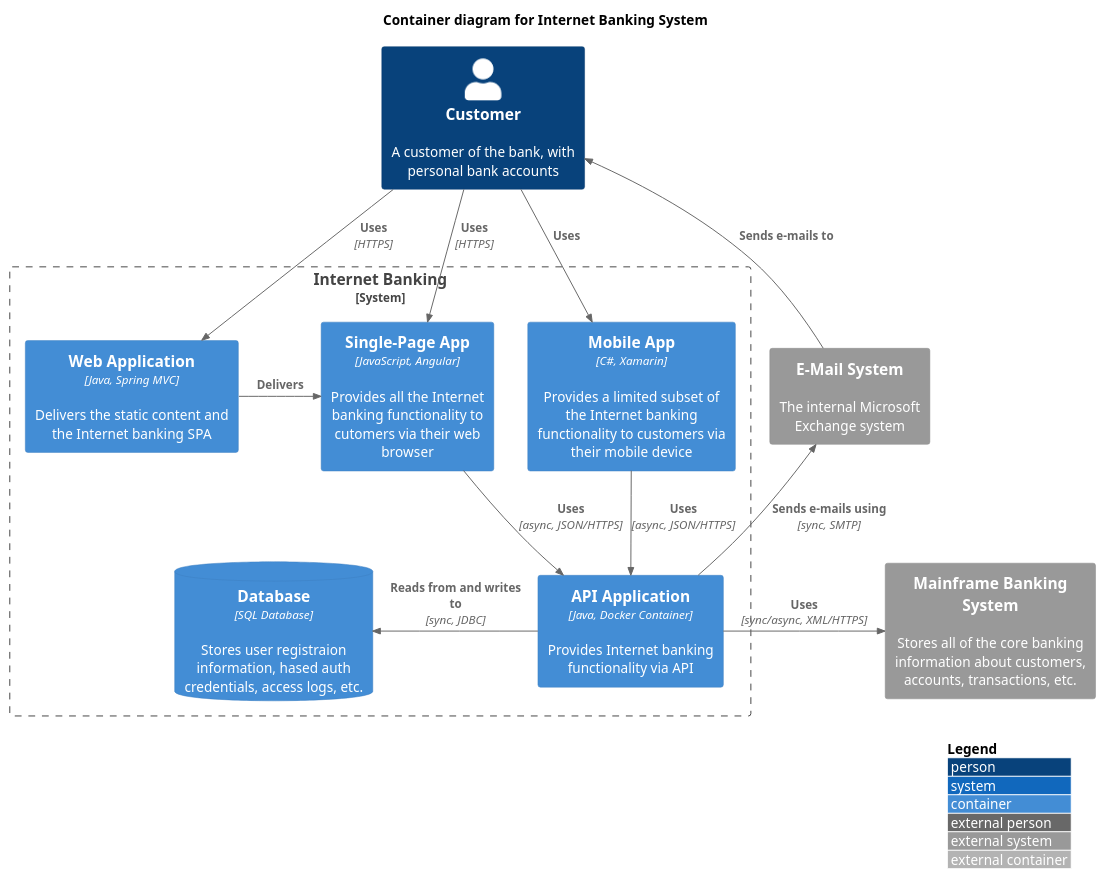
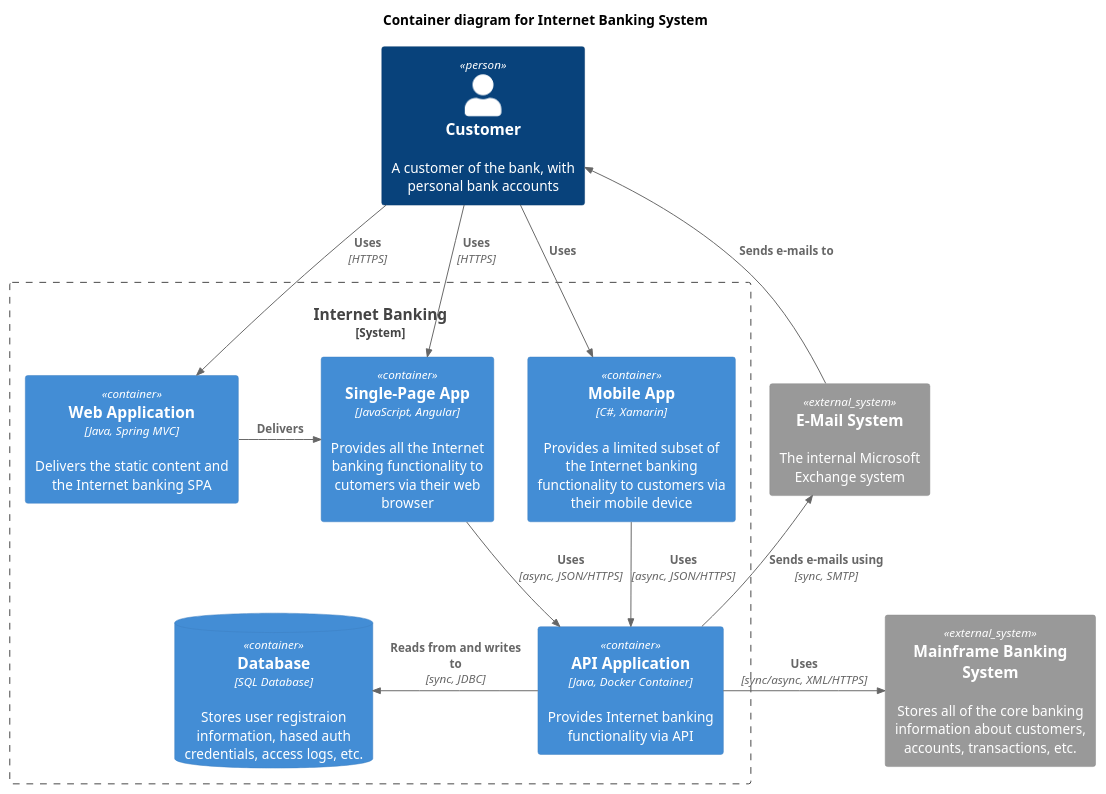
The diagram in samples/C4_Container Diagram Sample - bigbankplc.puml (xmobe/C4-PlantUML), drawn with PlantUML before and after one commit. The commit also changed 14 other files, not shown here.

```diff
--- a/samples/C4_Container Diagram Sample - bigbankplc.puml
+++ b/samples/C4_Container Diagram Sample - bigbankplc.puml
@@ -1,37 +1,37 @@
 @startuml
 ' !include https://raw.githubusercontent.com/adrianvlupu/C4-PlantUML/latest/C4_Container.puml
 ' uncomment the following line and comment the first to use locally
 !include C4_Container.puml
 
 ' LAYOUT_TOP_DOWN()
 ' LAYOUT_AS_SKETCH()
-LAYOUT_WITH_LEGEND()
+' LAYOUT_WITH_LEGEND()
 
 title Container diagram for Internet Banking System
 
 Person(customer, Customer, "A customer of the bank, with personal bank accounts")
 
 System_Boundary(c1, "Internet Banking") {
     Container(web_app, "Web Application", "Java, Spring MVC", "Delivers the static content and the Internet banking SPA")
     Container(spa, "Single-Page App", "JavaScript, Angular", "Provides all the Internet banking functionality to cutomers via their web browser")
     Container(mobile_app, "Mobile App", "C#, Xamarin", "Provides a limited subset of the Internet banking functionality to customers via their mobile device")
     ContainerDb(database, "Database", "SQL Database", "Stores user registraion information, hased auth credentials, access logs, etc.")
     Container(backend_api, "API Application", "Java, Docker Container", "Provides Internet banking functionality via API")
 }
 
 System_Ext(email_system, "E-Mail System", "The internal Microsoft Exchange system")
 System_Ext(banking_system, "Mainframe Banking System", "Stores all of the core banking information about customers, accounts, transactions, etc.")
 
 Rel(customer, web_app, "Uses", "HTTPS")
 Rel(customer, spa, "Uses", "HTTPS")
 Rel(customer, mobile_app, "Uses")
 
 Rel_Neighbor(web_app, spa, "Delivers")
 Rel(spa, backend_api, "Uses", "async, JSON/HTTPS")
 Rel(mobile_app, backend_api, "Uses", "async, JSON/HTTPS")
 Rel_Back_Neighbor(database, backend_api, "Reads from and writes to", "sync, JDBC")
 
 Rel_Back(customer, email_system, "Sends e-mails to")
 Rel_Back(email_system, backend_api, "Sends e-mails using", "sync, SMTP")
 Rel_Neighbor(backend_api, banking_system, "Uses", "sync/async, XML/HTTPS")
 @enduml
```
